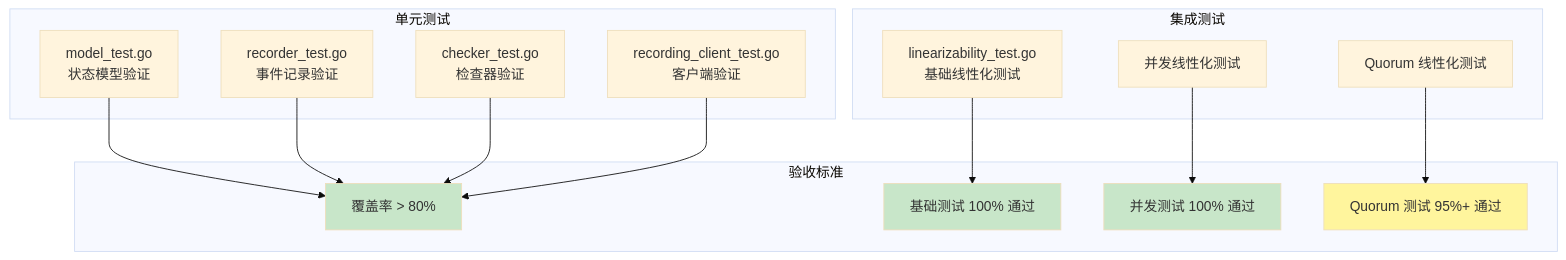
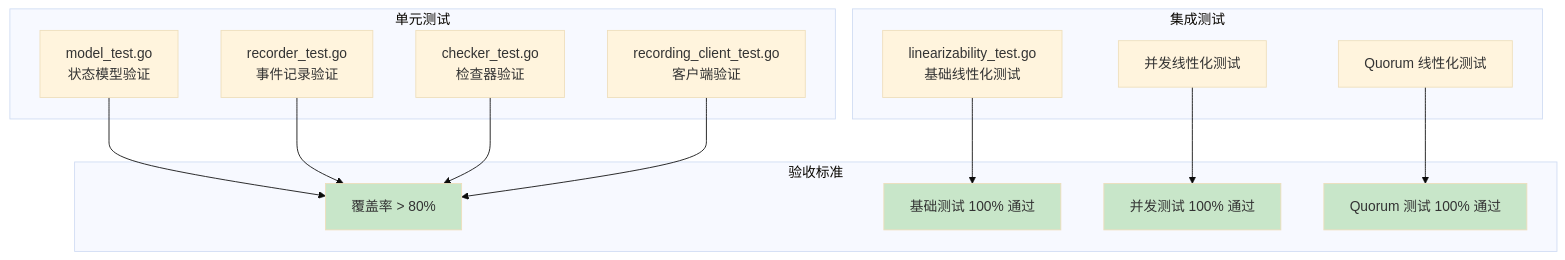
The second of 2 diagrams in docs/06_PM/feature/2026-02-13_PR-063_Porcupine-Linearizability-Verification_Pre.md (jzhang405/NexKV), drawn with Mermaid (base theme) before and after one commit. The commit also changed other lines of this file, not shown here.

````diff
--- a/docs/06_PM/feature/2026-02-13_PR-063_Porcupine-Linearizability-Verification_Pre.md
+++ b/docs/06_PM/feature/2026-02-13_PR-063_Porcupine-Linearizability-Verification_Pre.md
@@ -225,36 +308,36 @@
 ```mermaid
 graph TB
     subgraph "单元测试"
         UT1[model_test.go<br/>状态模型验证]
         UT2[recorder_test.go<br/>事件记录验证]
         UT3[checker_test.go<br/>检查器验证]
         UT4[recording_client_test.go<br/>客户端验证]
     end
 
     subgraph "集成测试"
         IT1[linearizability_test.go<br/>基础线性化测试]
         IT2[并发线性化测试]
         IT3[Quorum 线性化测试]
     end
 
     subgraph "验收标准"
         AC1[覆盖率 > 80%]
         AC2[基础测试 100% 通过]
         AC3[并发测试 100% 通过]
-        AC4[Quorum 测试 95%+ 通过]
+        AC4[Quorum 测试 100% 通过]
     end
 
     UT1 --> AC1
     UT2 --> AC1
     UT3 --> AC1
     UT4 --> AC1
 
     IT1 --> AC2
     IT2 --> AC3
     IT3 --> AC4
 
     style AC1 fill:#c8e6c9
     style AC2 fill:#c8e6c9
     style AC3 fill:#c8e6c9
-    style AC4 fill:#fff59d
+    style AC4 fill:#c8e6c9
 ```
````
